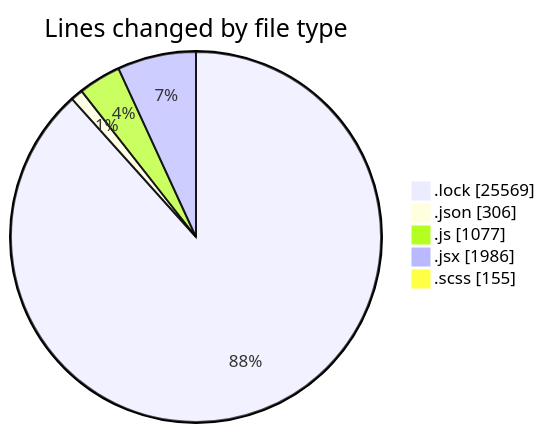
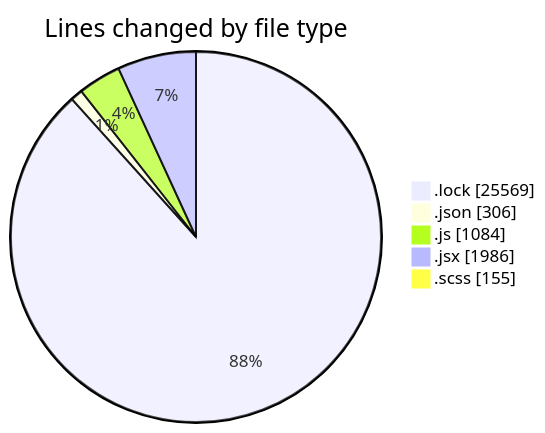
The first of 2 diagrams in 2026-01-07/cda/README.md (momahboobian/code-tracking), drawn with Mermaid before and after one commit. The commit also changed other lines of this file and 1 other file, not shown here.

````diff
--- a/2026-01-07/cda/README.md
+++ b/2026-01-07/cda/README.md
@@ -44,9 +44,9 @@
 ```mermaid
 pie showData
 title Lines changed by file type
 ".lock" : 25569
 ".json" : 306
-".js" : 1077
+".js" : 1084
 ".jsx" : 1986
 ".scss" : 155
 ```
````
